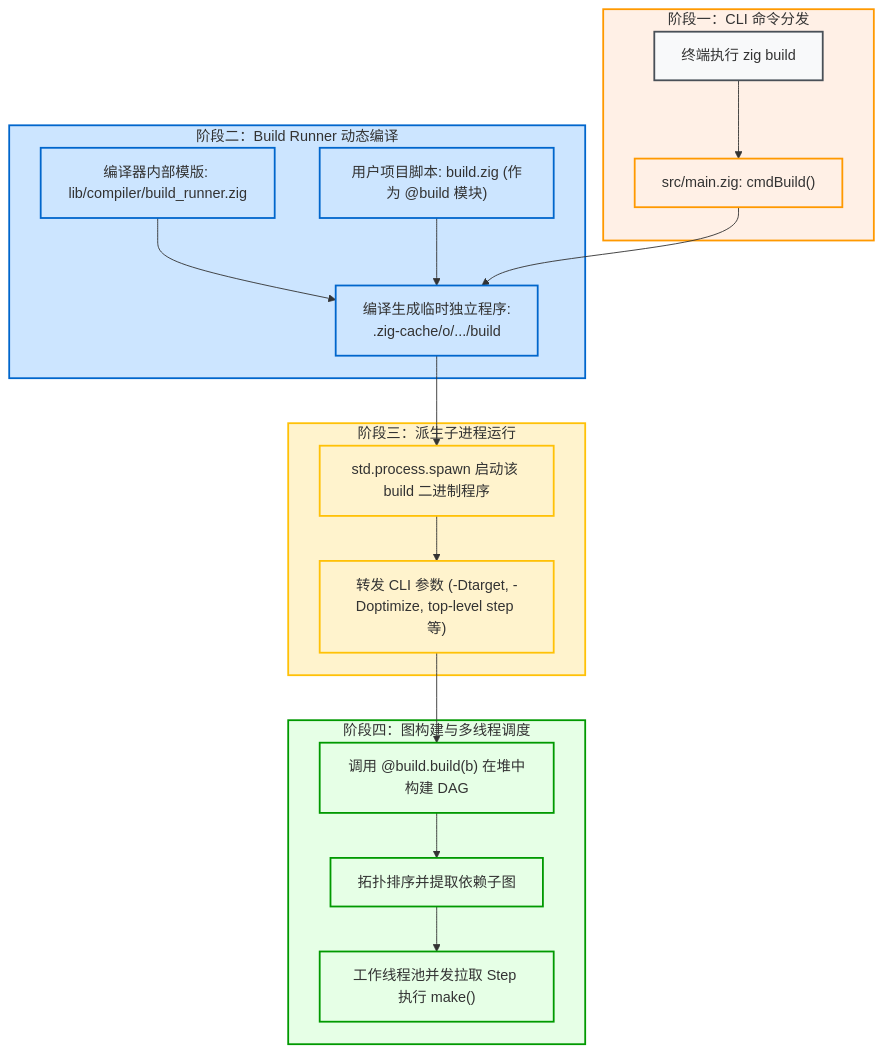
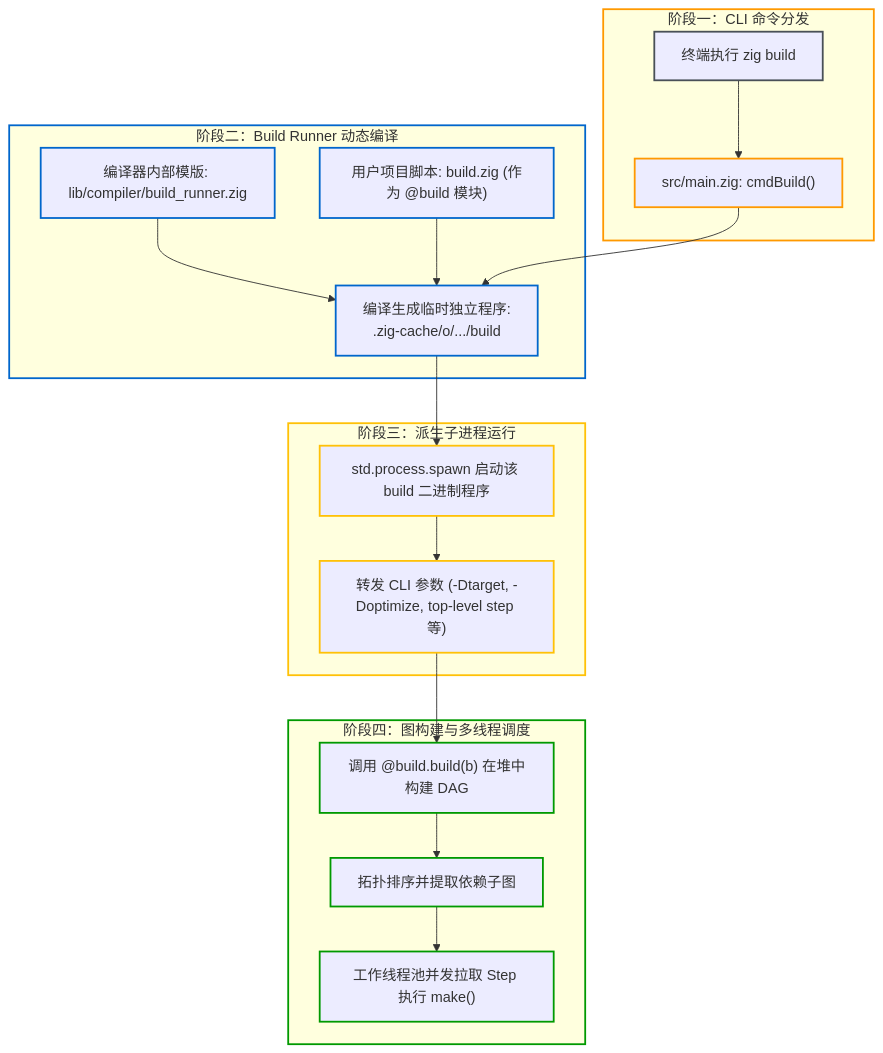
The diagram in zig-build/src/internals/build-runner-internals.md (jiacai2050/x), drawn with Mermaid before and after one commit. The commit also changed 65 other files, not shown here.

````diff
--- a/zig-build/src/internals/build-runner-internals.md
+++ b/zig-build/src/internals/build-runner-internals.md
@@ -11,50 +11,50 @@
 ```mermaid
 graph TD
     subgraph S_CLI ["阶段一：CLI 命令分发"]
         C_Cmd["终端执行 zig build"]
         C_Route["src/main.zig: cmdBuild()"]
         C_Cmd --> C_Route
     end
 
     subgraph S_CompileRunner ["阶段二：Build Runner 动态编译"]
         R_Entry["编译器内部模版: lib/compiler/build_runner.zig"]
         R_User["用户项目脚本: build.zig (作为 @build 模块)"]
         R_Bin["编译生成临时独立程序:<br/>.zig-cache/o/.../build"]
         R_Entry --> R_Bin
         R_User --> R_Bin
     end
 
     subgraph S_Spawn ["阶段三：派生子进程运行"]
         P_Spawn["std.process.spawn 启动该 build 二进制程序"]
         P_Args["转发 CLI 参数 (-Dtarget, -Doptimize, top-level step 等)"]
         P_Spawn --> P_Args
     end
 
     subgraph S_Exec ["阶段四：图构建与多线程调度"]
         E_Build["调用 @build.build(b) 在堆中构建 DAG"]
         E_Topo["拓扑排序并提取依赖子图"]
         E_Pool["工作线程池并发拉取 Step 执行 make()"]
         E_Build --> E_Topo
         E_Topo --> E_Pool
     end
 
     C_Route --> R_Bin
     R_Bin --> P_Spawn
     P_Args --> E_Build
 
-    classDef default fill:#f8f9fa,stroke:#495057;
-    style S_CLI fill:#fff0e6,stroke:#ff9900,stroke-width:2px;
-    style S_CompileRunner fill:#cce5ff,stroke:#0066cc,stroke-width:2px;
-    style S_Spawn fill:#fff3cd,stroke:#ffc107,stroke-width:2px;
-    style S_Exec fill:#e6ffe6,stroke:#009900,stroke-width:2px;
-    style C_Cmd fill:#f8f9fa,stroke:#495057,stroke-width:2px;
-    style C_Route fill:#fff0e6,stroke:#ff9900,stroke-width:2px;
-    style R_Entry fill:#cce5ff,stroke:#0066cc,stroke-width:2px;
-    style R_User fill:#cce5ff,stroke:#0066cc,stroke-width:2px;
-    style R_Bin fill:#cce5ff,stroke:#0066cc,stroke-width:2px;
-    style P_Spawn fill:#fff3cd,stroke:#ffc107,stroke-width:2px;
-    style P_Args fill:#fff3cd,stroke:#ffc107,stroke-width:2px;
-    style E_Build fill:#e6ffe6,stroke:#009900,stroke-width:2px;
-    style E_Topo fill:#e6ffe6,stroke:#009900,stroke-width:2px;
-    style E_Pool fill:#e6ffe6,stroke:#009900,stroke-width:2px;
+    classDef default stroke:#495057;
+    style S_CLI stroke:#ff9900,stroke-width:2px;
+    style S_CompileRunner stroke:#0066cc,stroke-width:2px;
+    style S_Spawn stroke:#ffc107,stroke-width:2px;
+    style S_Exec stroke:#009900,stroke-width:2px;
+    style C_Cmd stroke:#495057,stroke-width:2px;
+    style C_Route stroke:#ff9900,stroke-width:2px;
+    style R_Entry stroke:#0066cc,stroke-width:2px;
+    style R_User stroke:#0066cc,stroke-width:2px;
+    style R_Bin stroke:#0066cc,stroke-width:2px;
+    style P_Spawn stroke:#ffc107,stroke-width:2px;
+    style P_Args stroke:#ffc107,stroke-width:2px;
+    style E_Build stroke:#009900,stroke-width:2px;
+    style E_Topo stroke:#009900,stroke-width:2px;
+    style E_Pool stroke:#009900,stroke-width:2px;
 ```
````
